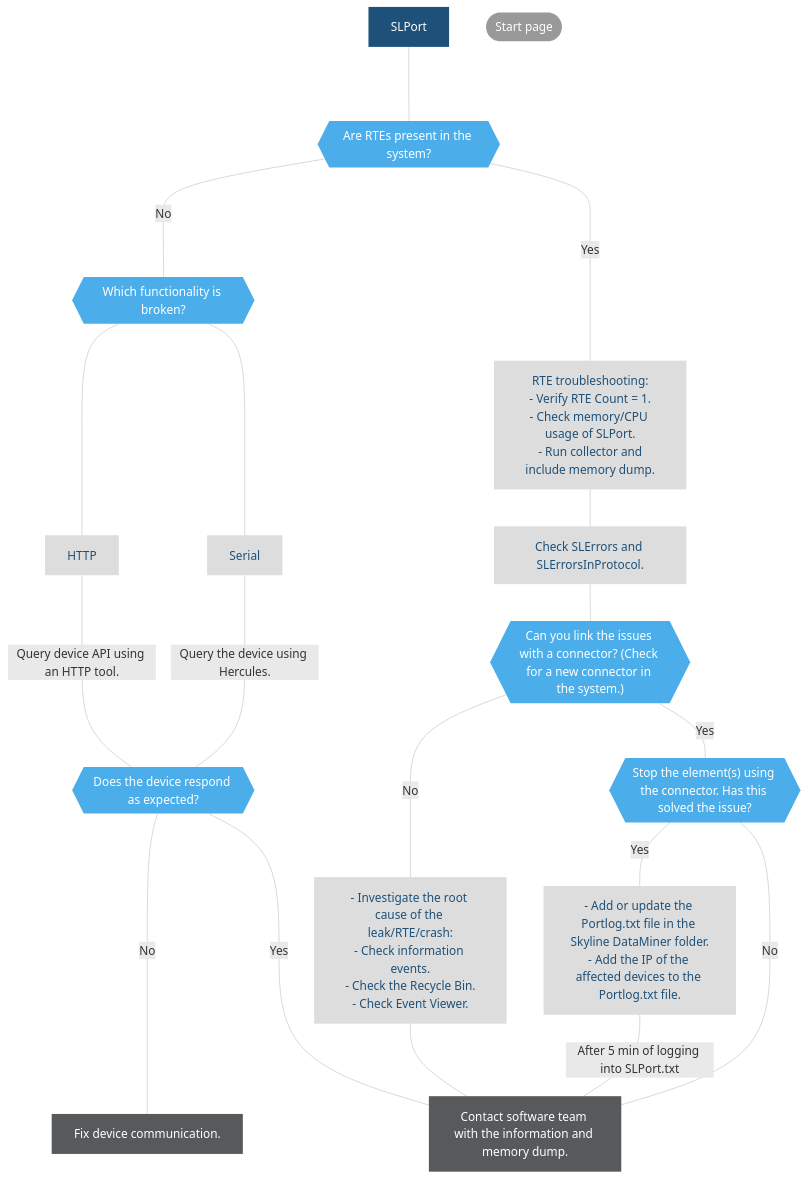
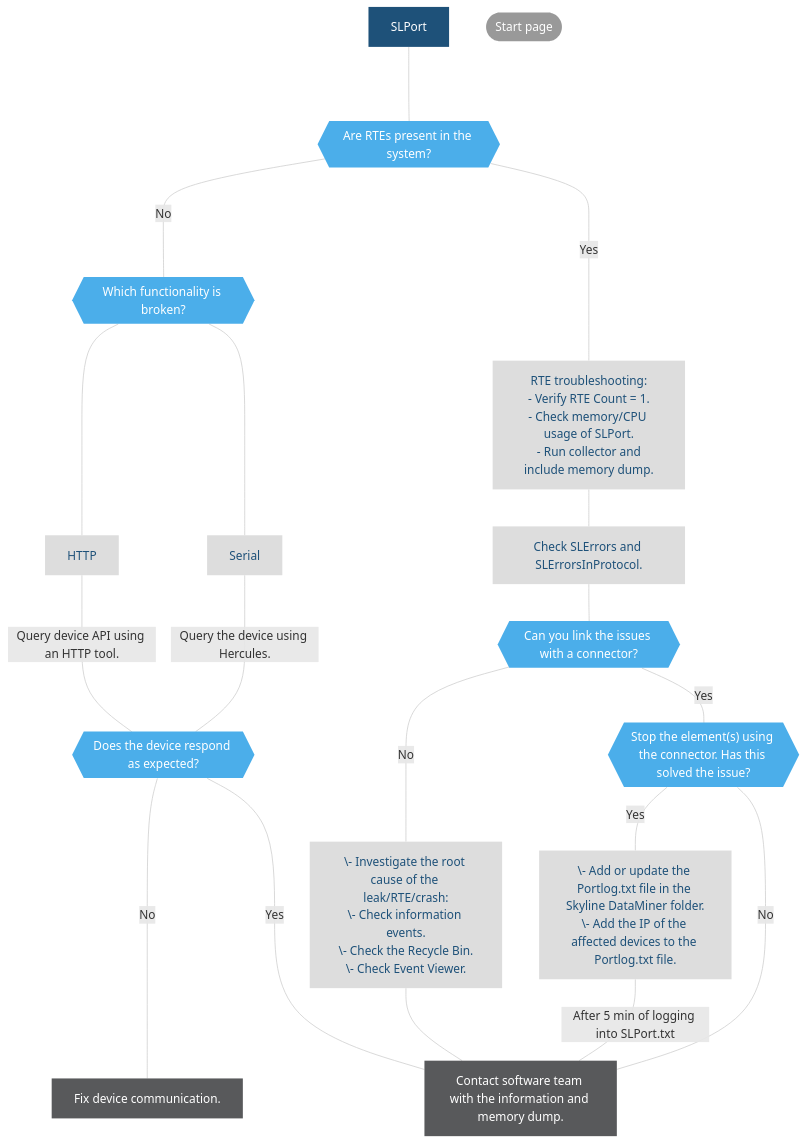
The diagram in user-guide/Troubleshooting/Troubleshooting_Flowcharts/Troubleshooting_Process_Identification/Polling_processes/Troubleshooting_SLPort_exe.md (SkylineCommunications/dataminer-docs), drawn with Mermaid before and after one commit. The commit also changed 13 other files, not shown here.

````diff
--- a/user-guide/Troubleshooting/Troubleshooting_Flowcharts/Troubleshooting_Process_Identification/Polling_processes/Troubleshooting_SLPort_exe.md
+++ b/user-guide/Troubleshooting/Troubleshooting_Flowcharts/Troubleshooting_Process_Identification/Polling_processes/Troubleshooting_SLPort_exe.md
@@ -15,31 +15,31 @@
 ```mermaid
 %%{init: { 'theme': 'base', 'themeVariables': { 'edgeLabelBackground':'#fff', 'fontFamily' : 'Segoe UI'}}}%%
 flowchart TD
 A[SLPort]:::Start
 A----L{{"Are RTEs present in the system?"}}:::Decision
 L----|No|U{{"Which functionality is broken?"}}:::Decision
 U----M["HTTP"]:::InfoAccNoClick
 M----|Query device API using an HTTP tool.|S
 U----N["Serial"]:::InfoAccNoClick
 N----|Query the device using Hercules.|S{{"Does the device respond as expected?"}}:::Decision
 S----|No|T["Fix device communication."]:::Solution
 S----|Yes|I
 L---|Yes|F["RTE troubleshooting:<br/>- Verify RTE Count = 1.<br/>- Check memory/CPU usage of SLPort.<br/> - Run collector and include memory dump."]:::InfoAccNoClick
 F---G["Check SLErrors and SLErrorsInProtocol."]:::InfoAccNoClick
-G---H{{"Can you link the issues with a connector? (Check for a new connector in the system.)"}}:::Decision
+G---H{{"Can you link the issues with a connector? "}}:::Decision
 H---|Yes|K{{"Stop the element(s) using the connector. Has this solved the issue?"}}:::Decision
-H---|No|J["- Investigate the root cause of the leak/RTE/crash:<br/>- Check information events.<br/>- Check the Recycle Bin.<br/>- Check Event Viewer."]:::InfoAccNoClick
+H---|No|J["\- Investigate the root cause of the leak/RTE/crash:<br/>\- Check information events.<br/>\- Check the Recycle Bin.<br/>\- Check Event Viewer."]:::InfoAccNoClick
 J---I
-K---|Yes|Log["- Add or update the Portlog.txt file in the Skyline DataMiner folder.<br/>- Add the IP of the affected devices to the Portlog.txt file."]:::InfoAccNoClick
+K---|Yes|Log["\- Add or update the Portlog.txt file in the Skyline DataMiner folder.<br/>\- Add the IP of the affected devices to the Portlog.txt file."]:::InfoAccNoClick
 Log---|After 5 min of logging into SLPort.txt|I
 K---|No|I["Contact software team with the information and memory dump."]:::Solution
 XX([Start page]):::InfoAccClick
 click XX "/user-guide/Troubleshooting/Troubleshooting_Flowcharts/Finding_a_Root_Cause.html" "Go to the start page"
 linkStyle default stroke:#cccccc
 classDef ExtRef fill:#9DDAF5,stroke:#000070,stroke-width:0px, color:#1E5179;
 classDef Decision fill:#4BAEEA,stroke:#000070,stroke-width:0px, color:#FFFFFF;
 classDef Start fill:#1E5179,stroke:#000070,stroke-width:0px, color:#FFFFFF;
 classDef Solution fill:#58595B,stroke:#000070,stroke-width:0px, color:#FFFFFF;
 classDef InfoAccClick fill:#999999,stroke:#000070,stroke-width:0px, color:#FFFFFF;
 classDef InfoAccNoClick fill:#DDDDDD,stroke:#000070,stroke-width:0px, color:#1E5179;
 ```
````
